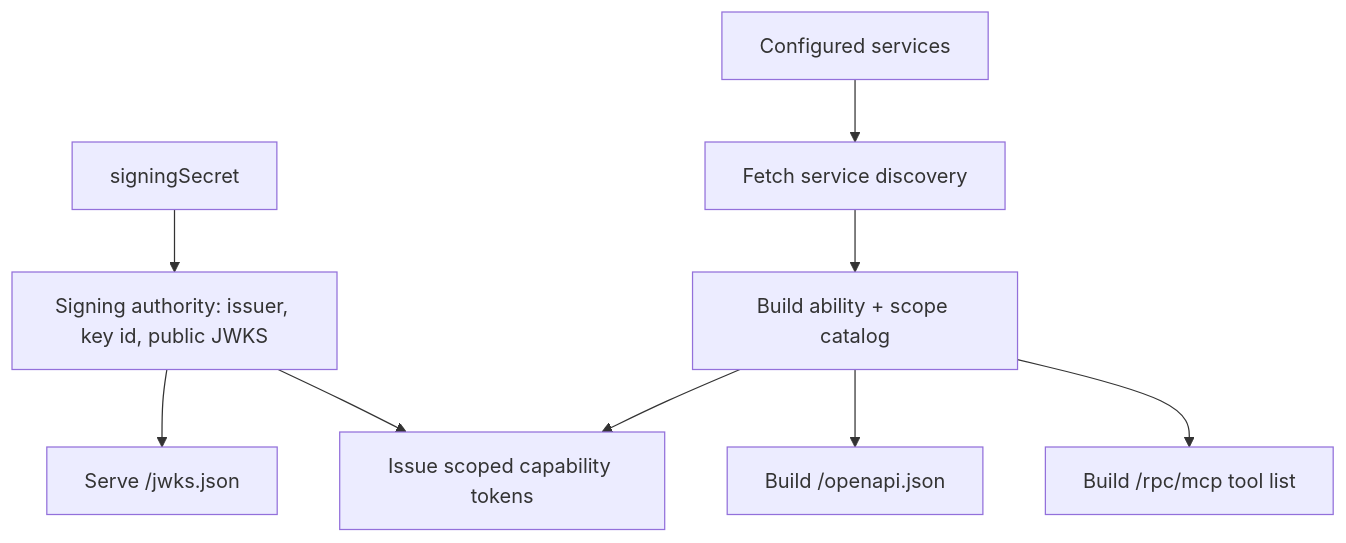
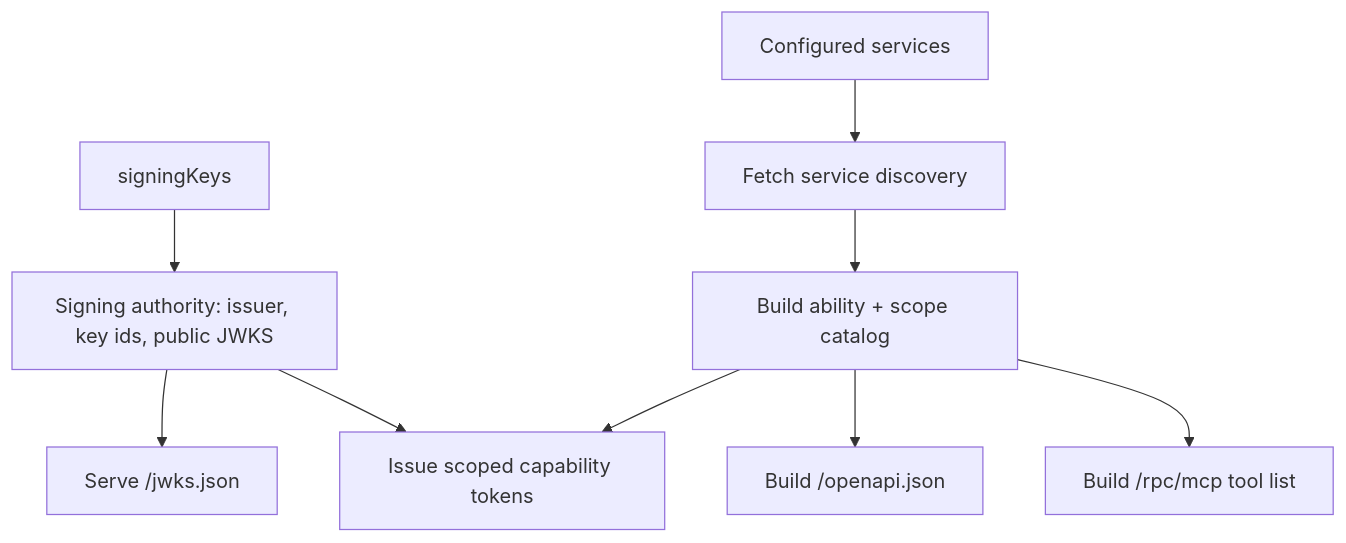
One commit to JUVOJustin/service-plane changed the diagram in .apm/skills/service-plane/references/plane-creation.md. Above: the diagram before and after it, drawn with Mermaid. The commit also changed other lines of this file and 34 other files, not shown here.

First line of the commit message:
Support overlapping signing keys and prove the replica contract

````diff
--- a/.apm/skills/service-plane/references/plane-creation.md
+++ b/.apm/skills/service-plane/references/plane-creation.md
@@ -45,11 +45,11 @@
 ```mermaid
 flowchart TD
-  Secret["signingSecret"] --> Authority["Signing authority: issuer, key id, public JWKS"]
+  Secret["signingKeys"] --> Authority["Signing authority: issuer, key ids, public JWKS"]
   Authority --> JWKS["Serve /jwks.json"]
   Services["Configured services"] --> Discovery["Fetch service discovery"]
   Discovery --> Catalog["Build ability + scope catalog"]
   Catalog --> STS["Issue scoped capability tokens"]
   Authority --> STS
   Catalog --> OpenAPI["Build /openapi.json"]
   Catalog --> MCP["Build /rpc/mcp tool list"]
 ```
````
